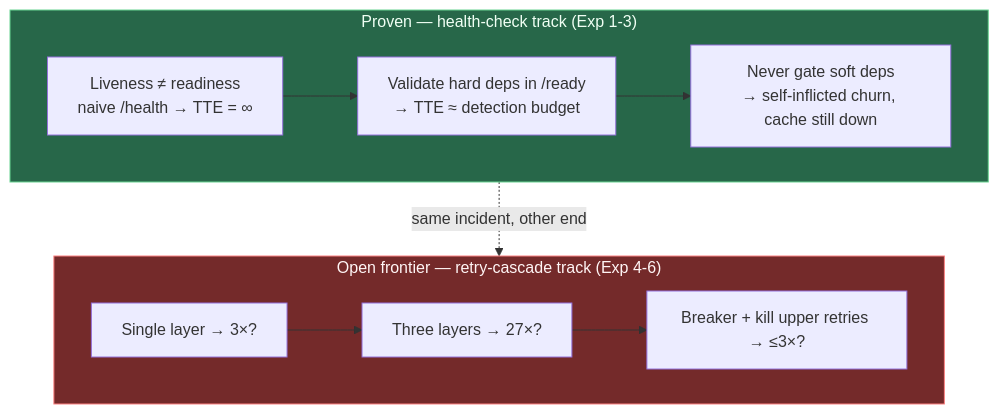
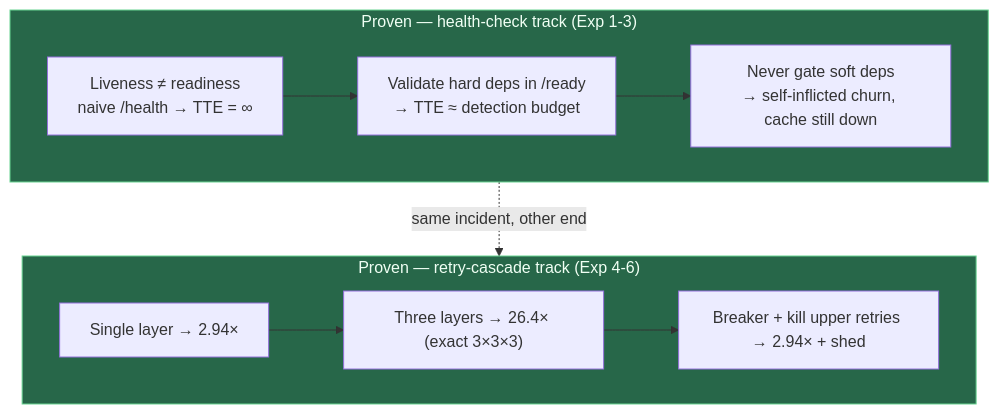
The second of 2 diagrams in README.md (ae-lexs/cascade-resilience-atelier), drawn with Mermaid before and after one commit. The commit also changed other lines of this file, not shown here.

First line of the commit message:
Refresh README: retry-cascade track complete (Modules 06-08 CONFIRMED)

````diff
--- a/README.md
+++ b/README.md
@@ -165,19 +168,19 @@
 ```mermaid
 flowchart TB
     subgraph proven["Proven — health-check track (Exp 1-3)"]
         T1["Liveness ≠ readiness<br/>naive /health → TTE = ∞"]
         T2["Validate hard deps in /ready<br/>→ TTE ≈ detection budget"]
         T3["Never gate soft deps<br/>→ self-inflicted churn, cache still down"]
         T1 --> T2 --> T3
     end
-    subgraph open["Open frontier — retry-cascade track (Exp 4-6)"]
-        C4["Single layer → 3×?"]
-        C5["Three layers → 27×?"]
-        C6["Breaker + kill upper retries → ≤3×?"]
+    subgraph cascade["Proven — retry-cascade track (Exp 4-6)"]
+        C4["Single layer → 2.94×"]
+        C5["Three layers → 26.4× (exact 3×3×3)"]
+        C6["Breaker + kill upper retries → 2.94× + shed"]
         C4 --> C5 --> C6
     end
-    proven -.->|"same incident, other end"| open
+    proven -.->|"same incident, other end"| cascade
 
     style proven fill:#276749,stroke:#68d391,color:#f0fff4
-    style open fill:#742a2a,stroke:#fc8181,color:#fff5f5
+    style cascade fill:#276749,stroke:#68d391,color:#f0fff4
 ```
````
